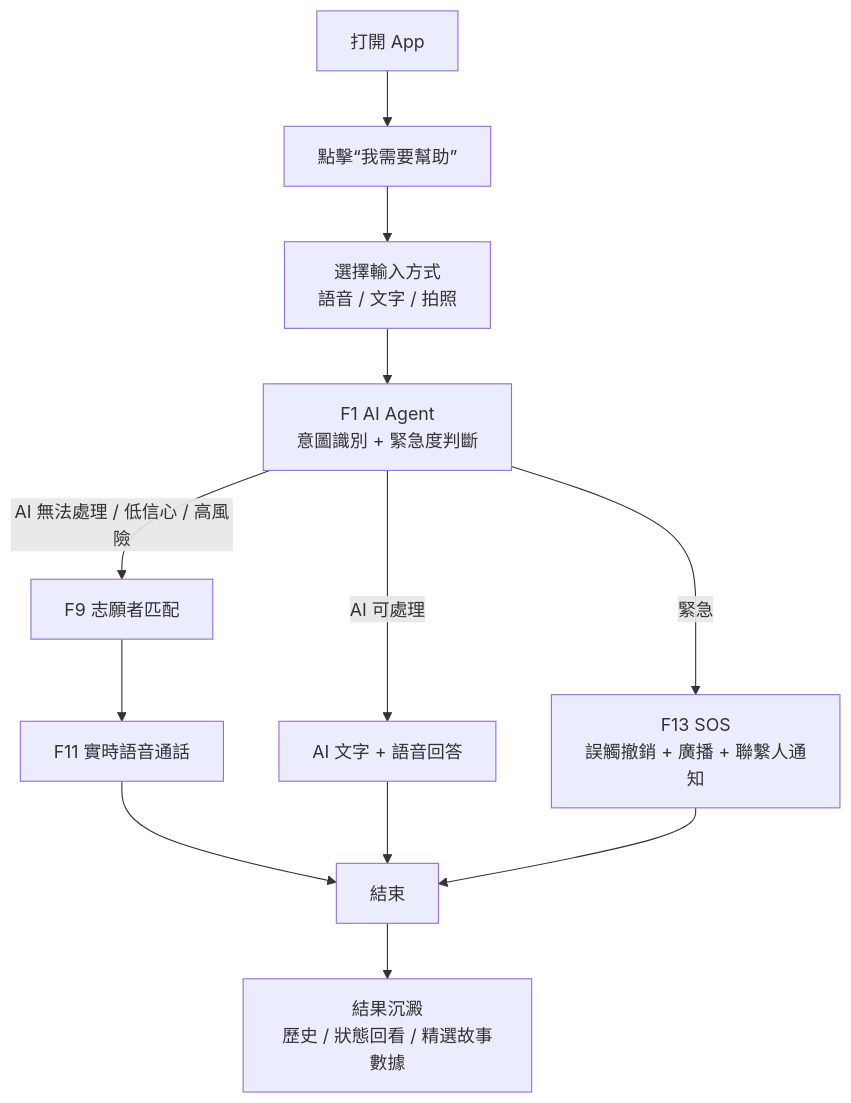
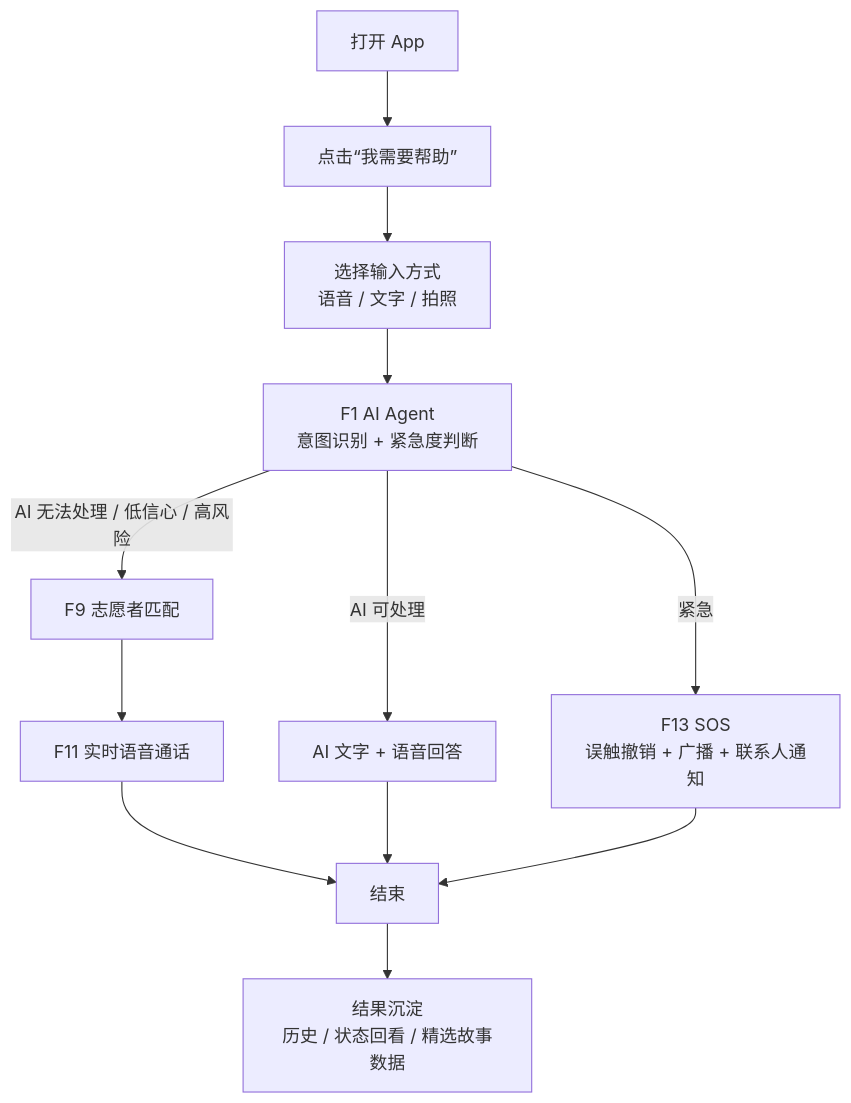
Before and after one commit to insistgang/LinkLab: the first of 2 diagrams in AGENTS.md, drawn with Mermaid. The commit also changed other lines of this file and 43 other files, not shown here.

````diff
--- a/AGENTS.md
+++ b/AGENTS.md
@@ -221,17 +221,17 @@
 ```mermaid
 flowchart TD
-    A[打開 App] --> B[點擊“我需要幫助”]
-    B --> C[選擇輸入方式<br/>語音 / 文字 / 拍照]
-    C --> D[F1 AI Agent<br/>意圖識別 + 緊急度判斷]
+    A[打开 App] --> B[点击“我需要帮助”]
+    B --> C[选择输入方式<br/>语音 / 文字 / 拍照]
+    C --> D[F1 AI Agent<br/>意图识别 + 紧急度判断]
 
-    D -->|緊急| E[F13 SOS<br/>誤觸撤銷 + 廣播 + 聯繫人通知]
-    D -->|AI 可處理| F[AI 文字 + 語音回答]
-    D -->|AI 無法處理 / 低信心 / 高風險| G[F9 志願者匹配]
+    D -->|紧急| E[F13 SOS<br/>误触撤销 + 广播 + 联系人通知]
+    D -->|AI 可处理| F[AI 文字 + 语音回答]
+    D -->|AI 无法处理 / 低信心 / 高风险| G[F9 志愿者匹配]
 
-    G --> H[F11 實時語音通話]
-    H --> I[結束]
+    G --> H[F11 实时语音通话]
+    H --> I[结束]
     F --> I
     E --> I
 
-    I --> J[結果沉澱<br/>歷史 / 狀態回看 / 精選故事數據]
+    I --> J[结果沉淀<br/>历史 / 状态回看 / 精选故事数据]
 ```
````
